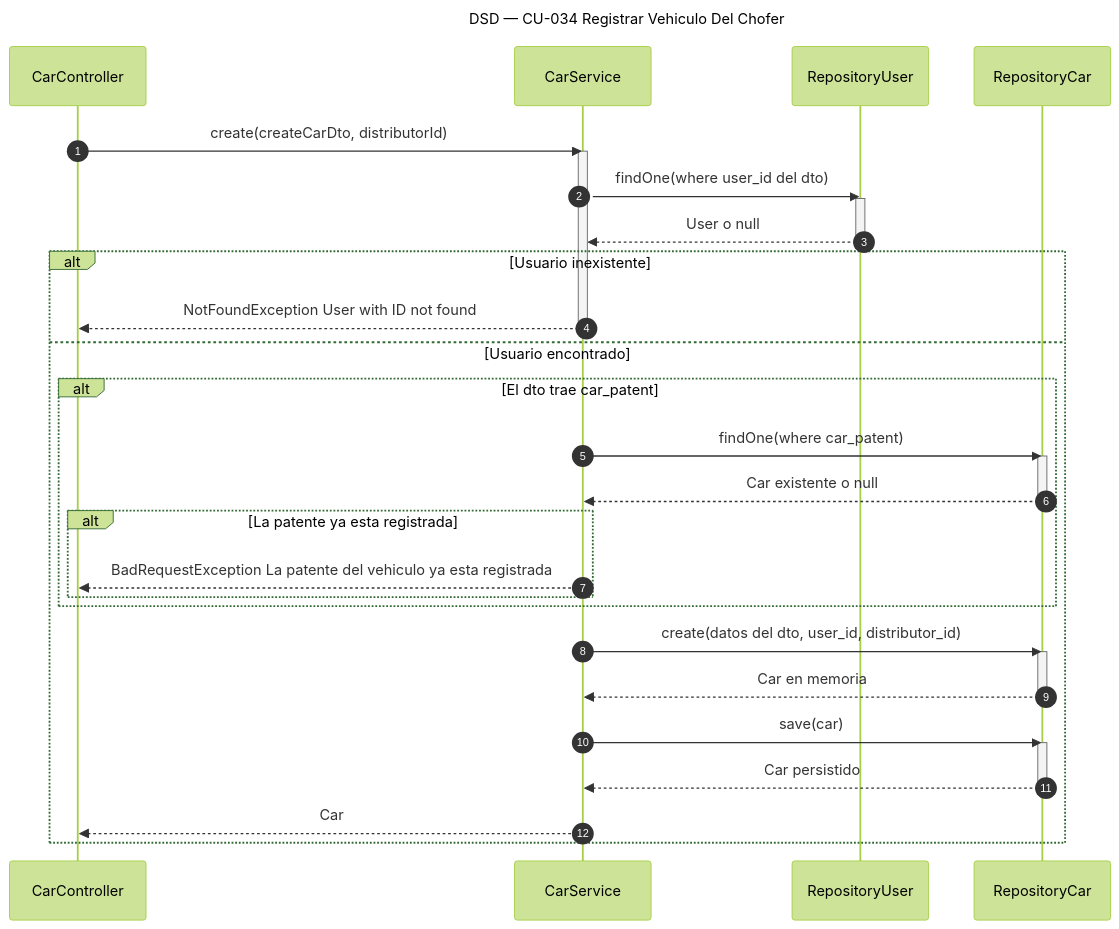
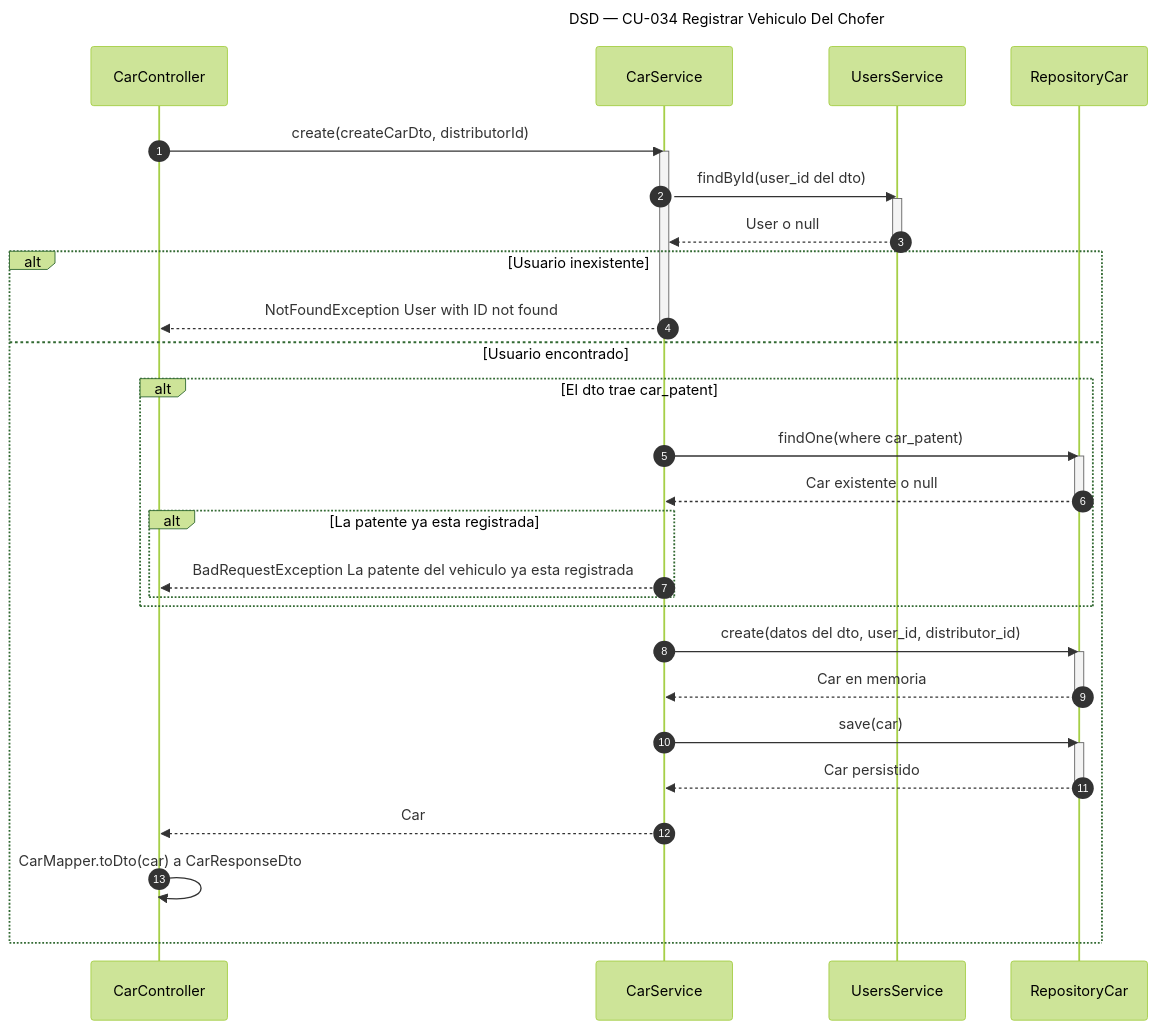
The diagram in diagramas/DSD_CU-034_Registrar-Vehiculo-Del-Chofer.mmd (Nahuelito-Dev/splg-docs), drawn with Mermaid (forest theme) before and after one commit. The commit also changed 3 other files, not shown here.

Commit message:
docs(dsd): vehiculos con CarResponseDto y el usuario por UsersService

```diff
--- a/diagramas/DSD_CU-034_Registrar-Vehiculo-Del-Chofer.mmd
+++ b/diagramas/DSD_CU-034_Registrar-Vehiculo-Del-Chofer.mmd
@@ -1,37 +1,38 @@
 sequenceDiagram
     title DSD — CU-034 Registrar Vehiculo Del Chofer
     autonumber
     participant CTRL as CarController
     participant SRV as CarService
-    participant UREP as RepositoryUser
+    participant USRV as UsersService
     participant CREP as RepositoryCar
 
     CTRL->>SRV: create(createCarDto, distributorId)
     activate SRV
-    SRV->>UREP: findOne(where user_id del dto)
-    activate UREP
-    UREP-->>SRV: User o null
-    deactivate UREP
+    SRV->>USRV: findById(user_id del dto)
+    activate USRV
+    USRV-->>SRV: User o null
+    deactivate USRV
     alt Usuario inexistente
         SRV-->>CTRL: NotFoundException User with ID not found
         deactivate SRV
     else Usuario encontrado
         alt El dto trae car_patent
             SRV->>CREP: findOne(where car_patent)
             activate CREP
             CREP-->>SRV: Car existente o null
             deactivate CREP
             alt La patente ya esta registrada
                 SRV-->>CTRL: BadRequestException La patente del vehiculo ya esta registrada
             end
         end
         SRV->>CREP: create(datos del dto, user_id, distributor_id)
         activate CREP
         CREP-->>SRV: Car en memoria
         deactivate CREP
         SRV->>CREP: save(car)
         activate CREP
         CREP-->>SRV: Car persistido
         deactivate CREP
         SRV-->>CTRL: Car
+        CTRL->>CTRL: CarMapper.toDto(car) a CarResponseDto
     end
```
